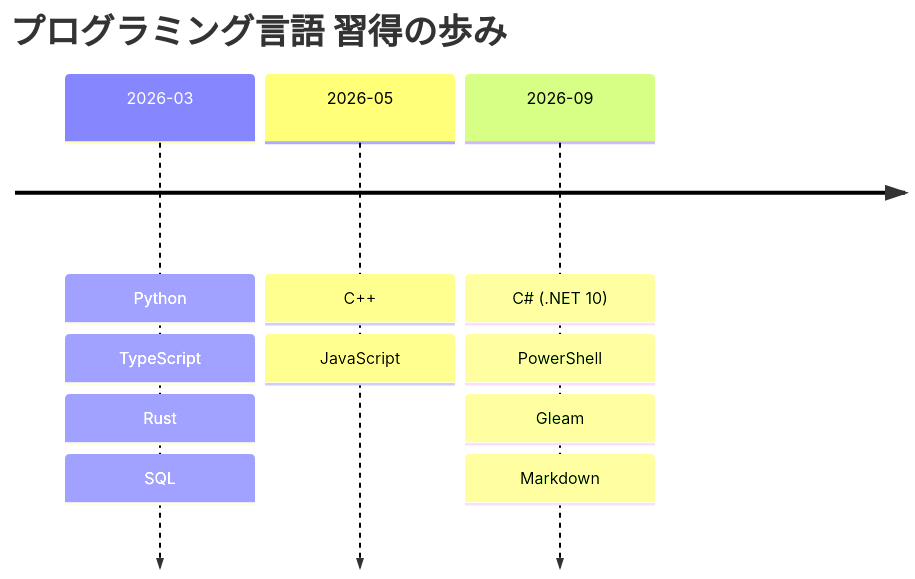
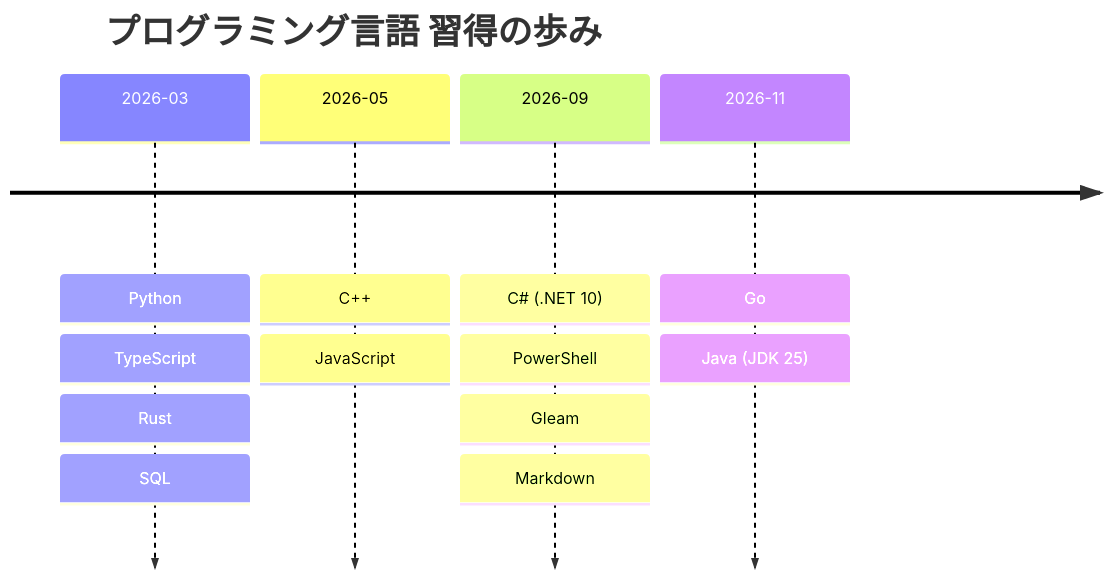
One commit to maktak-105/myskill-manage changed the first of 5 diagrams in tech_acquisition_matrix.md. Above: the diagram before and after it, drawn with Mermaid. The commit also changed other lines of this file and 8 other files, not shown here.

````diff
--- a/tech_acquisition_matrix.md
+++ b/tech_acquisition_matrix.md
@@ -27,7 +27,8 @@
 ```mermaid
 timeline
     title プログラミング言語 習得の歩み
     2026-03 : Python : TypeScript : Rust : SQL
     2026-05 : C++ : JavaScript
     2026-09 : C# (.NET 10) : PowerShell : Gleam : Markdown
+    2026-11 : Go : Java (JDK 25)
 ```
````
